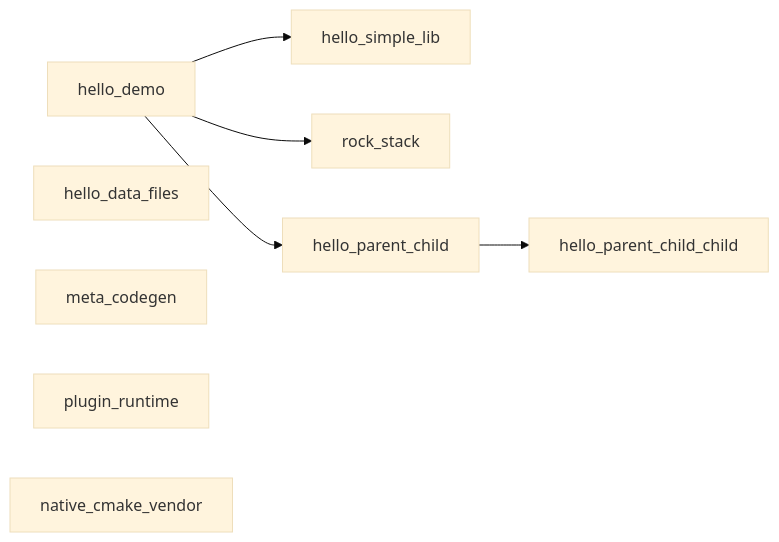
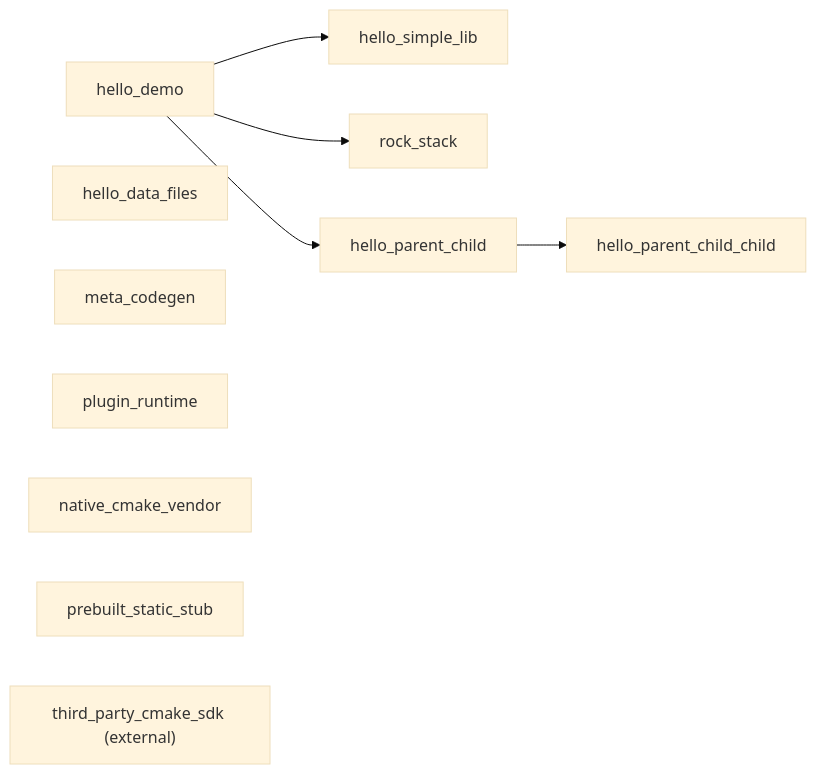
Before and after one commit to shelltdf/up: the diagram in test_projects/README.md, drawn with Mermaid (base theme). The commit also changed other lines of this file and 1 other file, not shown here.

````diff
--- a/test_projects/README.md
+++ b/test_projects/README.md
@@ -24,16 +24,18 @@
 ```mermaid
 flowchart LR
   hello_simple_lib["hello_simple_lib"]
   hello_demo["hello_demo"]
   rock_stack["rock_stack"]
   hello_parent_child["hello_parent_child"]
   hello_parent_child_child["hello_parent_child_child"]
   hello_data_files["hello_data_files"]
   meta_codegen["meta_codegen"]
   plugin_runtime["plugin_runtime"]
   native_cmake_vendor["native_cmake_vendor"]
+  prebuilt_static_stub["prebuilt_static_stub"]
+  thirdPartyCmakeSdk["third_party_cmake_sdk (external)"]
   hello_demo --> hello_simple_lib
   hello_demo --> rock_stack
   hello_demo --> hello_parent_child
   hello_parent_child --> hello_parent_child_child
 ```
````
